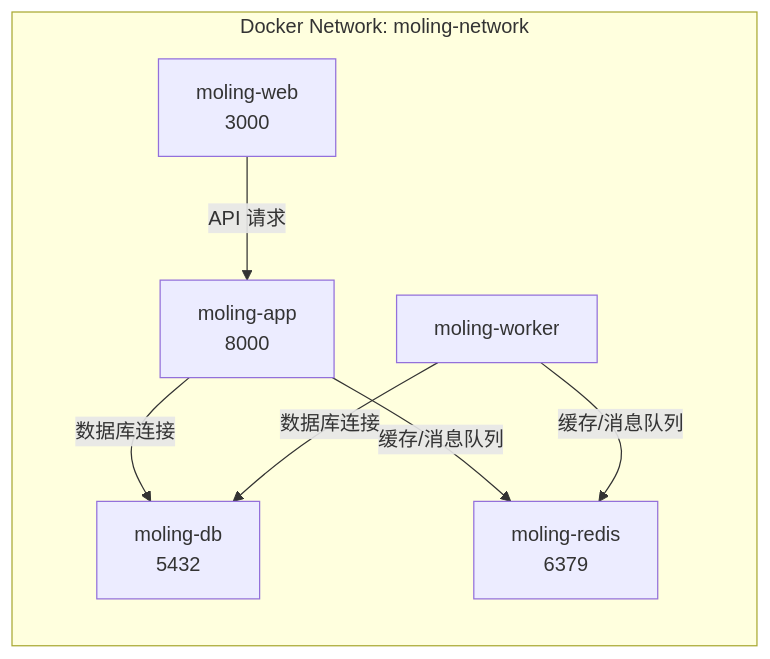
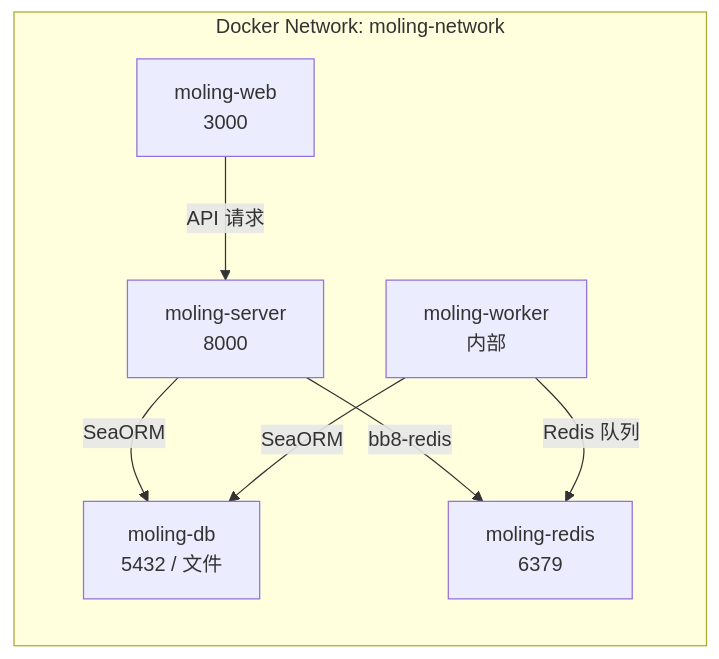
Before and after one commit to 2eho/moling: the second of 7 diagrams in docs/ARCHITECTURE.md, drawn with Mermaid. The commit also changed other lines of this file and 185 other files, not shown here.

````diff
--- a/docs/ARCHITECTURE.md
+++ b/docs/ARCHITECTURE.md
@@ -103,16 +133,16 @@
 ```mermaid
 graph LR
     subgraph "Docker Network: moling-network"
         A[moling-web<br/>3000]
-        B[moling-app<br/>8000]
-        C[moling-worker]
-        D[moling-db<br/>5432]
+        B[moling-server<br/>8000]
+        C[moling-worker<br/>内部]
+        D[moling-db<br/>5432 / 文件]
         E[moling-redis<br/>6379]
     end
 
     A -->|API 请求| B
-    B -->|数据库连接| D
-    B -->|缓存/消息队列| E
-    C -->|数据库连接| D
-    C -->|缓存/消息队列| E
+    B -->|SeaORM| D
+    B -->|bb8-redis| E
+    C -->|SeaORM| D
+    C -->|Redis 队列| E
 ```
````
